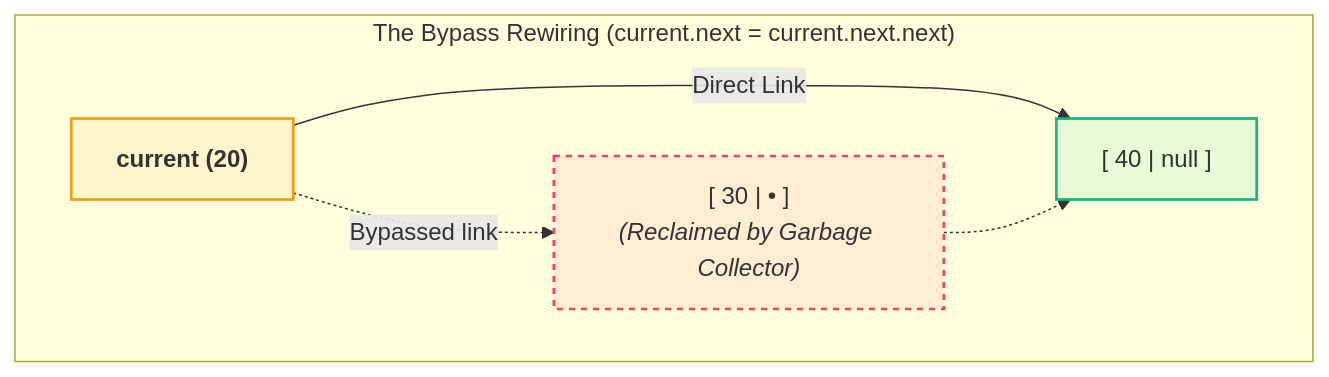
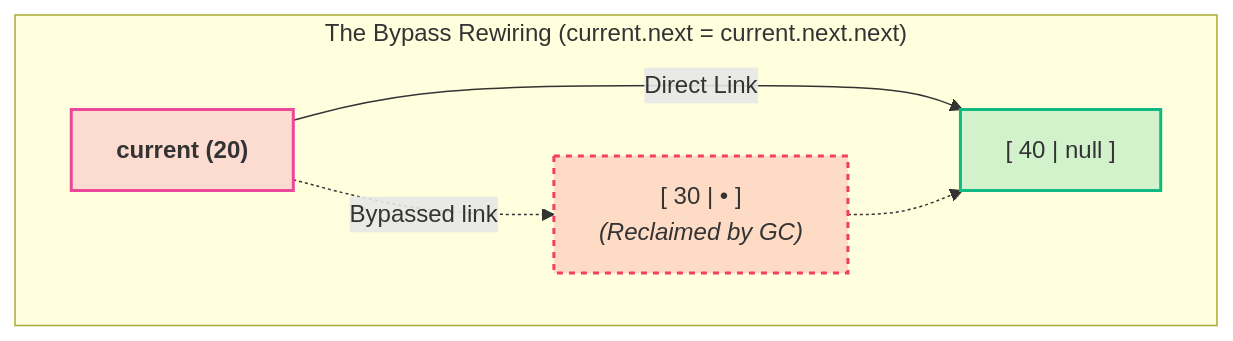
The tenth of 11 diagrams in CS/DSA/03. Linked Lists/01. Linked List Fundamentals.md (abhinavbharti2345/CS_Notes), drawn with Mermaid before and after one commit. The commit also changed other lines of this file and 20 other files, not shown here.

Commit message:
feat: add foundational notes and diagrams for computer networking, data structures, and machine learning pipelines

````diff
--- a/CS/DSA/03. Linked Lists/01. Linked List Fundamentals.md
+++ b/CS/DSA/03. Linked Lists/01. Linked List Fundamentals.md
@@ -375,16 +361,16 @@
 ```mermaid
 flowchart TD
     subgraph DelBypass ["The Bypass Rewiring (current.next = current.next.next)"]
         direction LR
         CUR["<b>current (20)</b>"] -->|Direct Link| N40["[ 40 | null ]"]
-        CUR -.->|Bypassed link| N30["[ 30 | • ]<br/><i>(Reclaimed by Garbage Collector)</i>"]
+        CUR -.->|Bypassed link| N30["[ 30 | • ]<br/><i>(Reclaimed by GC)</i>"]
         N30 -.-> N40
     end
 
-    classDef cur fill:#f59e0b18,stroke:#f59e0b,stroke-width:1.8px;
-    classDef target fill:#f43f5e18,stroke:#f43f5e,stroke-width:1.8px,stroke-dasharray:4 4;
-    classDef dest fill:#10b98118,stroke:#10b981,stroke-width:1.8px;
+    classDef cur fill:#ec489930,stroke:#ec4899,stroke-width:2px;
+    classDef target fill:#f43f5e30,stroke:#f43f5e,stroke-width:2px,stroke-dasharray:4 4;
+    classDef dest fill:#10b98130,stroke:#10b981,stroke-width:2px;
     class CUR cur;
     class N30 target;
     class N40 dest;
 ```
````
